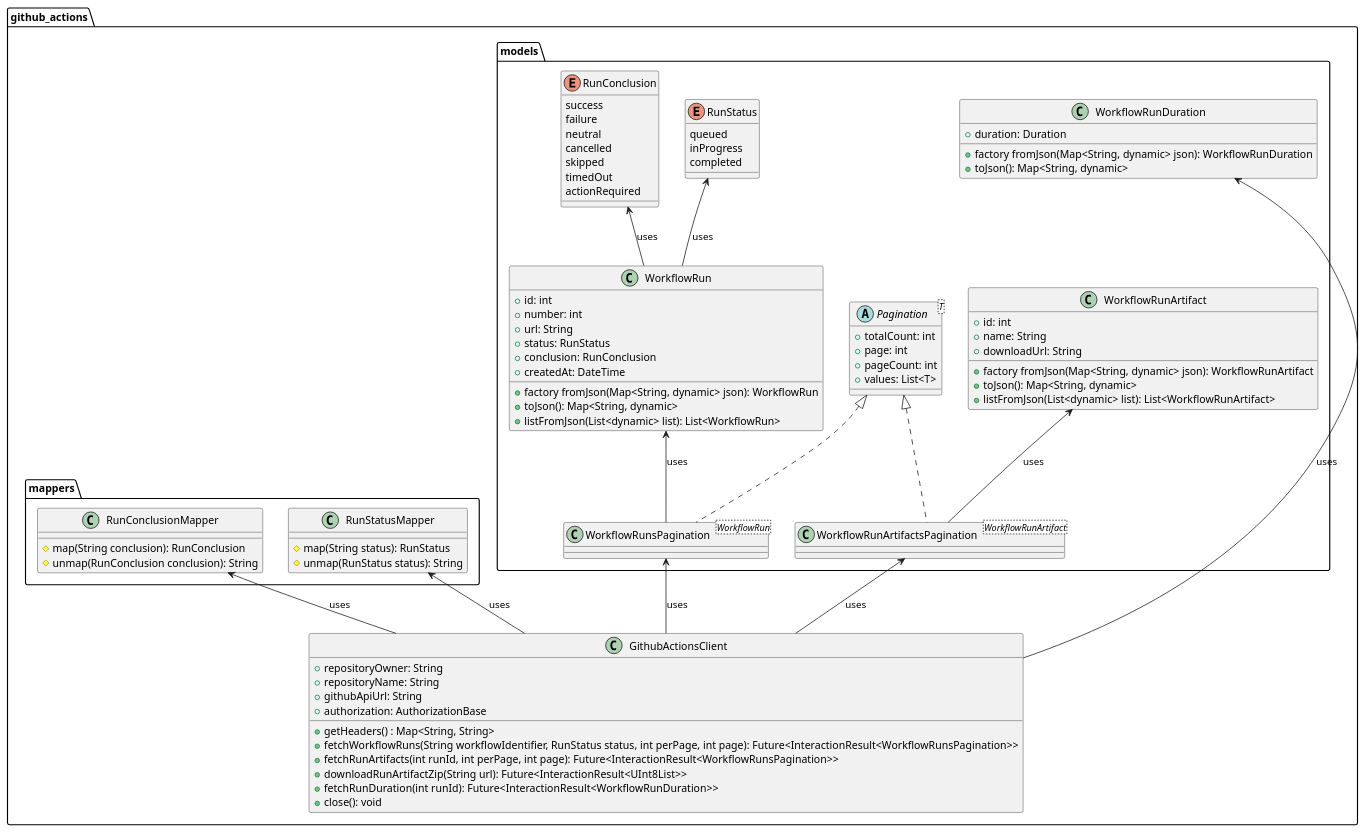
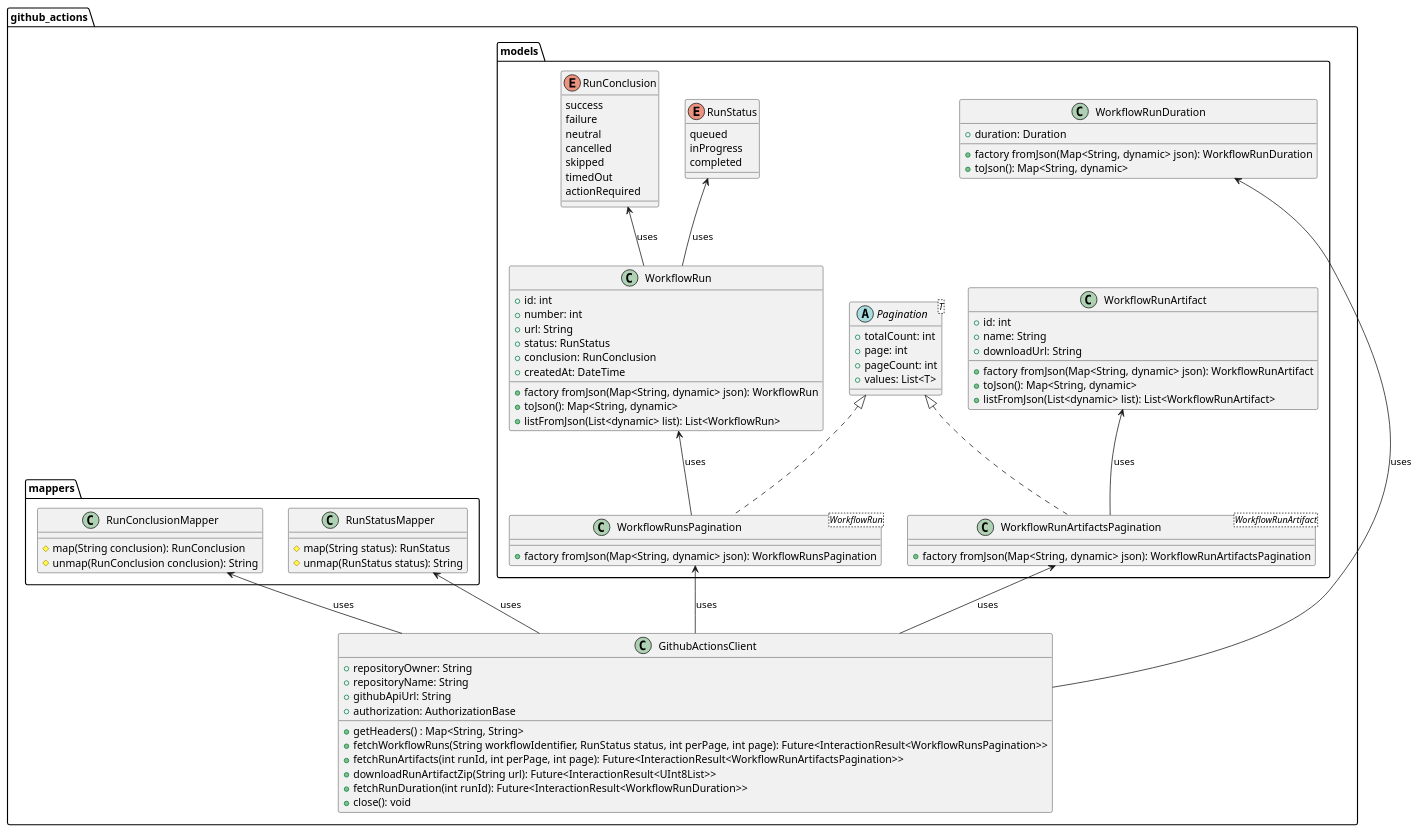
One commit to Flank/flank-dashboard changed the diagram in metrics/ci_integrations/docs/github_actions/diagrams/github_actions_client_class_diagram.puml. Above: the diagram before and after it, drawn with PlantUML.

Commit message:
Fix method type annotations

```diff
--- a/metrics/ci_integrations/docs/github_actions/diagrams/github_actions_client_class_diagram.puml
+++ b/metrics/ci_integrations/docs/github_actions/diagrams/github_actions_client_class_diagram.puml
@@ -1,107 +1,111 @@
 @startuml
 
 package github_actions <<Folder>> {
 
     package models <<Folder>> {
 
         abstract class Pagination<T> {
             +totalCount: int
             +page: int
             +pageCount: int
             +values: List<T>
         }
 
-        class WorkflowRunsPagination<WorkflowRun> implements Pagination
+        class WorkflowRunsPagination<WorkflowRun> implements Pagination {
+             +factory fromJson(Map<String, dynamic> json): WorkflowRunsPagination
+        }
 
-        class WorkflowRunArtifactsPagination<WorkflowRunArtifact> implements Pagination
+        class WorkflowRunArtifactsPagination<WorkflowRunArtifact> implements Pagination {
+            +factory fromJson(Map<String, dynamic> json): WorkflowRunArtifactsPagination
+        }
 
         class WorkflowRun {
             +id: int
             +number: int
             +url: String
             +status: RunStatus
             +conclusion: RunConclusion
             +createdAt: DateTime
 
             +factory fromJson(Map<String, dynamic> json): WorkflowRun
             +toJson(): Map<String, dynamic>
             +listFromJson(List<dynamic> list): List<WorkflowRun>
         }
 
         class WorkflowRunArtifact {
             +id: int
             +name: String
             +downloadUrl: String
 
            +factory fromJson(Map<String, dynamic> json): WorkflowRunArtifact
            +toJson(): Map<String, dynamic>
            +listFromJson(List<dynamic> list): List<WorkflowRunArtifact>
         }
 
         class WorkflowRunDuration {
             +duration: Duration
 
             +factory fromJson(Map<String, dynamic> json): WorkflowRunDuration
             +toJson(): Map<String, dynamic>
         }
 
 
         enum RunStatus {
             queued
             inProgress
             completed
         }
 
         enum RunConclusion {
             success
             failure
             neutral
             cancelled
             skipped
             timedOut
             actionRequired
         }
 
     }
 
     package mappers <<Folder>> {
         class RunConclusionMapper {
             #map(String conclusion): RunConclusion
             #unmap(RunConclusion conclusion): String
         }
 
         class RunStatusMapper {
             #map(String status): RunStatus
             #unmap(RunStatus status): String
         }
 
     }
 
 
     class GithubActionsClient {
         +repositoryOwner: String
         +repositoryName: String
         +githubApiUrl: String
         +authorization: AuthorizationBase
 
         +getHeaders() : Map<String, String>
         +fetchWorkflowRuns(String workflowIdentifier, RunStatus status, int perPage, int page): Future<InteractionResult<WorkflowRunsPagination>>
-        +fetchRunArtifacts(int runId, int perPage, int page): Future<InteractionResult<WorkflowRunsPagination>>
+        +fetchRunArtifacts(int runId, int perPage, int page): Future<InteractionResult<WorkflowRunArtifactsPagination>>
         +downloadRunArtifactZip(String url): Future<InteractionResult<UInt8List>>
         +fetchRunDuration(int runId): Future<InteractionResult<WorkflowRunDuration>>
         +close(): void
     }
 }
 
 
 WorkflowRunDuration <-- GithubActionsClient : uses
 WorkflowRunsPagination <-- GithubActionsClient : uses
 WorkflowRunArtifactsPagination <-- GithubActionsClient : uses
 WorkflowRun <-- WorkflowRunsPagination : uses
 WorkflowRunArtifact <-- WorkflowRunArtifactsPagination : uses
 RunStatusMapper <-- GithubActionsClient : uses
 RunConclusionMapper <-- GithubActionsClient : uses
 RunConclusion <-- WorkflowRun : uses
 RunStatus <-- WorkflowRun : uses
 
 @enduml
```
